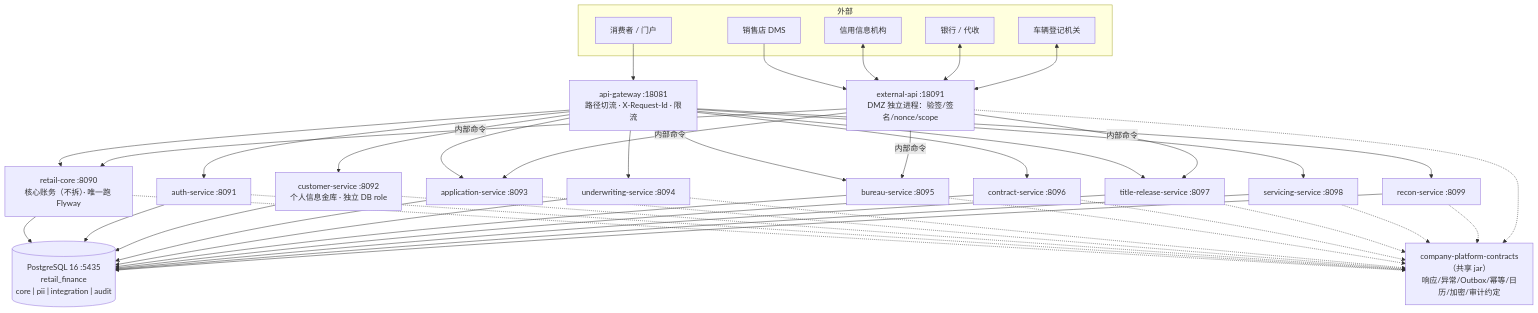
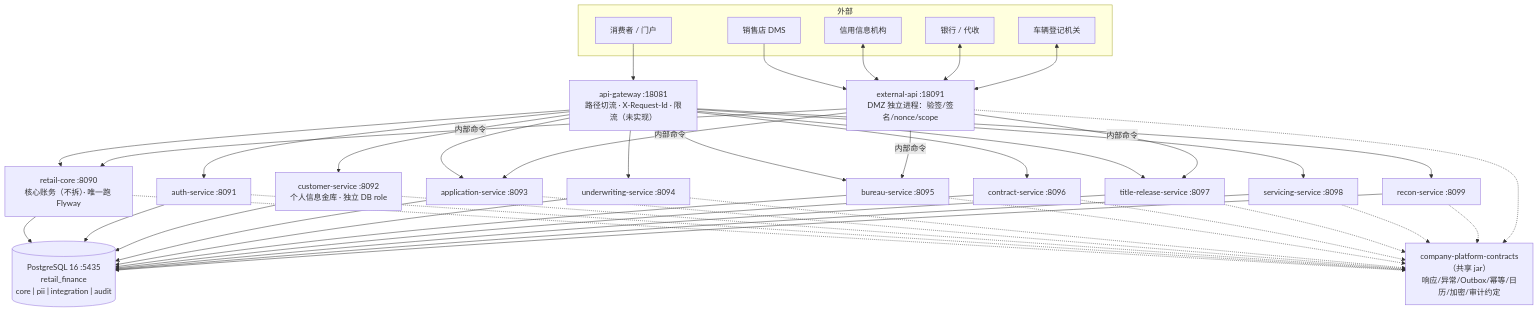
Before and after one commit to anehing-pixel/retail-finance-system: the second of 3 diagrams in docs/R02-总体架构设计.md, drawn with Mermaid. The commit also changed other lines of this file and 205 other files, not shown here.

````diff
--- a/docs/R02-总体架构设计.md
+++ b/docs/R02-总体架构设计.md
@@ -78,34 +78,34 @@
 ```mermaid
 flowchart TB
   subgraph EXT["外部"]
     CUST[消费者 / 门户]
     DMS[销售店 DMS]
     BUR[信用信息机构]
     BANK[银行 / 代收]
     GOV[车辆登记机关]
   end
-  GW["api-gateway :18081<br/>路径切流 · X-Request-Id · 限流"]
+  GW["api-gateway :18081<br/>路径切流 · X-Request-Id · 限流（未实现）"]
   DMZ["external-api :18091<br/>DMZ 独立进程：验签/签名/nonce/scope"]
   CORE["retail-core :8090<br/>核心账务（不拆）· 唯一跑 Flyway"]
   AUTH["auth-service :8091"]
   CUSTOMER["customer-service :8092<br/>个人信息金库 · 独立 DB role"]
   APP["application-service :8093"]
   UW["underwriting-service :8094"]
   BUREAU["bureau-service :8095"]
   CONTRACT["contract-service :8096"]
   TITLE["title-release-service :8097"]
   SERV["servicing-service :8098"]
   RECON["recon-service :8099"]
   DB[("PostgreSQL 16 :5435<br/>retail_finance<br/>core | pii | integration | audit")]
   PLAT["company-platform-contracts（共享 jar）<br/>响应/异常/Outbox/幂等/日历/加密/审计约定"]
 
   CUST --> GW
   DMS --> DMZ
   BUR <--> DMZ
   BANK <--> DMZ
   GOV <--> DMZ
   GW --> CORE & AUTH & CUSTOMER & APP & UW & BUREAU & CONTRACT & TITLE & SERV & RECON
   DMZ -->|内部命令| CORE & APP & BUREAU & TITLE
   CORE & AUTH & CUSTOMER & APP & UW & BUREAU & CONTRACT & TITLE & SERV & RECON --> DB
   CORE & AUTH & CUSTOMER & APP & UW & BUREAU & CONTRACT & TITLE & SERV & RECON & DMZ -.-> PLAT
 ```
````
